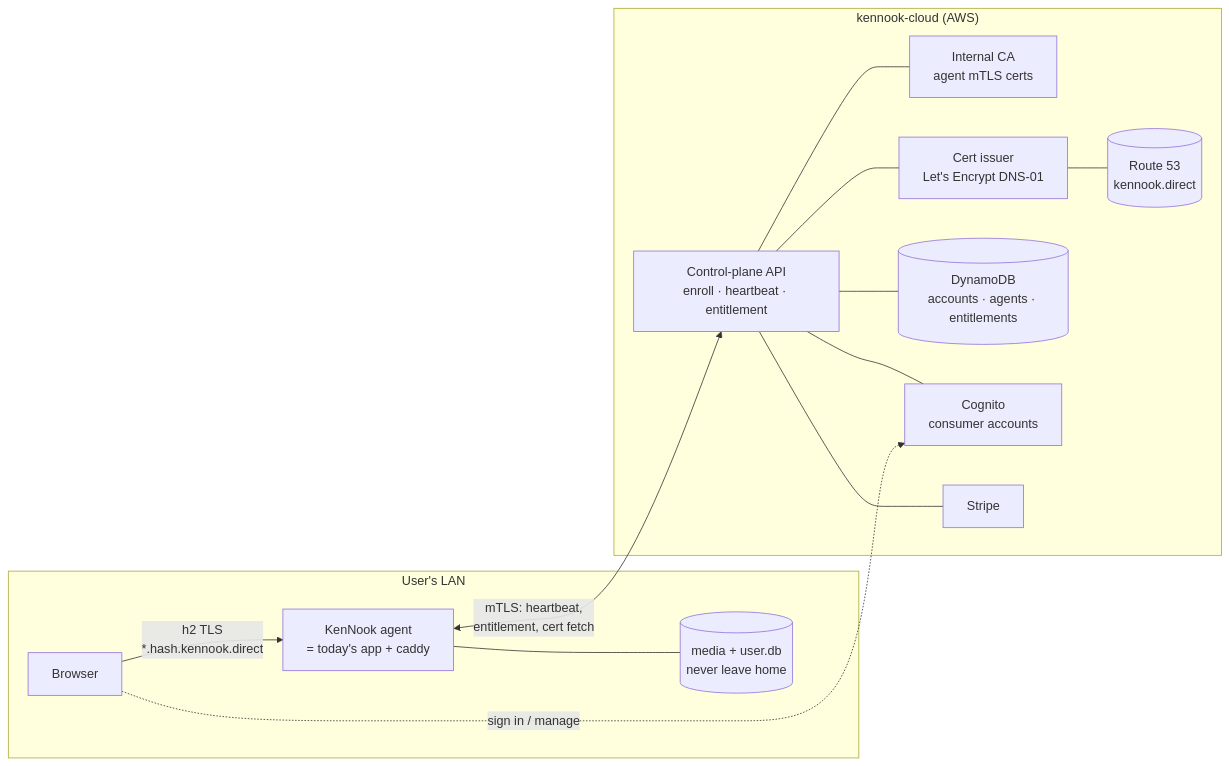
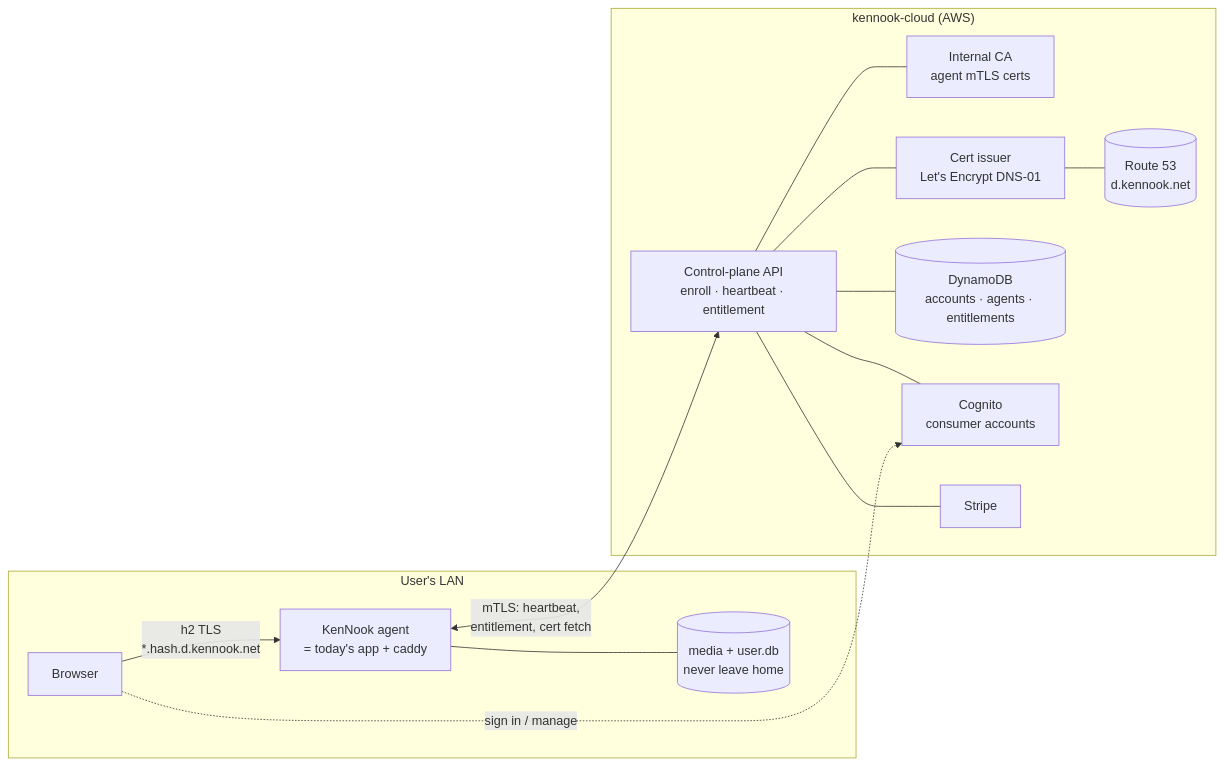
The first of 2 diagrams in docs/cloud/phase-0-spine.md (kennook/kennook), drawn with Mermaid before and after one commit. The commit also changed other lines of this file, not shown here.

First line of the commit message:
docs: cert plane uses d.kennook.net (owned) instead of kennook.direct

````diff
--- a/docs/cloud/phase-0-spine.md
+++ b/docs/cloud/phase-0-spine.md
@@ -58,26 +58,26 @@
 ```mermaid
 flowchart LR
   subgraph Home["User's LAN"]
-    B[Browser] -->|h2 TLS<br/>*.hash.kennook.direct| A[KenNook agent<br/>= today's app + caddy]
+    B[Browser] -->|h2 TLS<br/>*.hash.d.kennook.net| A[KenNook agent<br/>= today's app + caddy]
     A --- M[(media + user.db<br/>never leave home)]
   end
 
   subgraph Cloud["kennook-cloud (AWS)"]
     API[Control-plane API<br/>enroll · heartbeat · entitlement]
     CA[Internal CA<br/>agent mTLS certs]
     ACME[Cert issuer<br/>Let's Encrypt DNS-01]
-    DNS[(Route 53<br/>kennook.direct)]
+    DNS[(Route 53<br/>d.kennook.net)]
     DB[(DynamoDB<br/>accounts · agents · entitlements)]
     ID[Cognito<br/>consumer accounts]
     PAY[Stripe]
   end
 
   A <-->|mTLS: heartbeat,<br/>entitlement, cert fetch| API
   API --- DB
   API --- CA
   API --- ACME
   ACME --- DNS
   API --- ID
   API --- PAY
   B -.sign in / manage.-> ID
 ```
````
